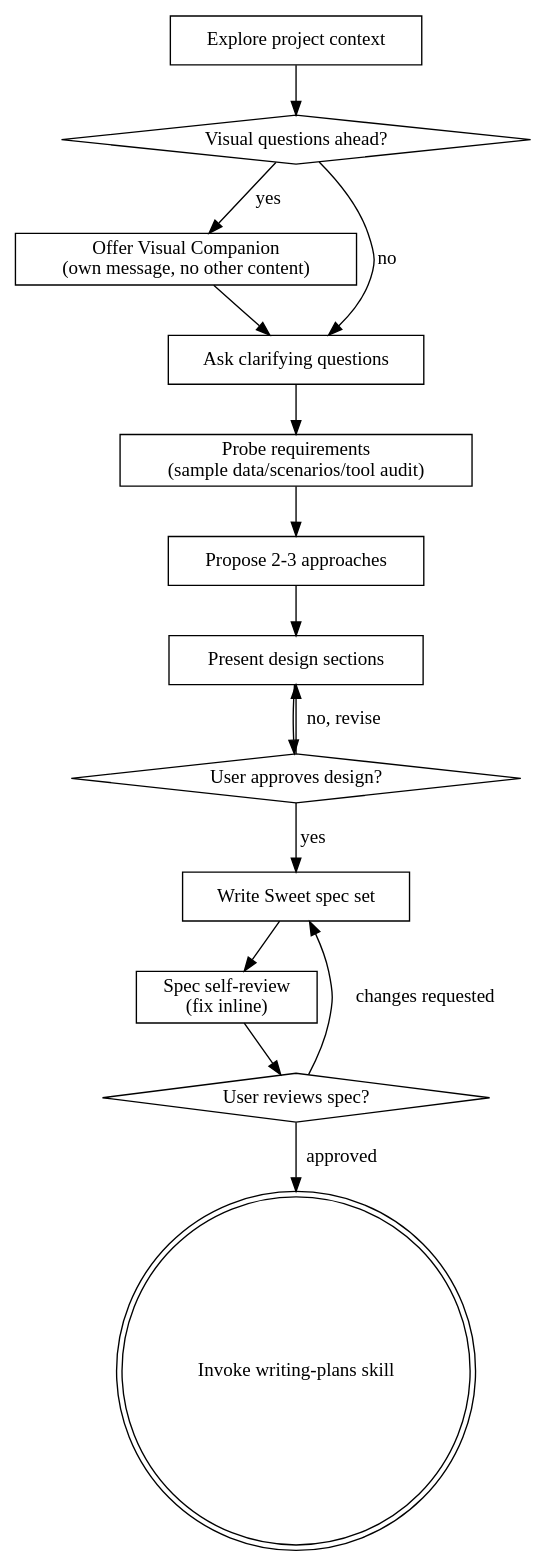
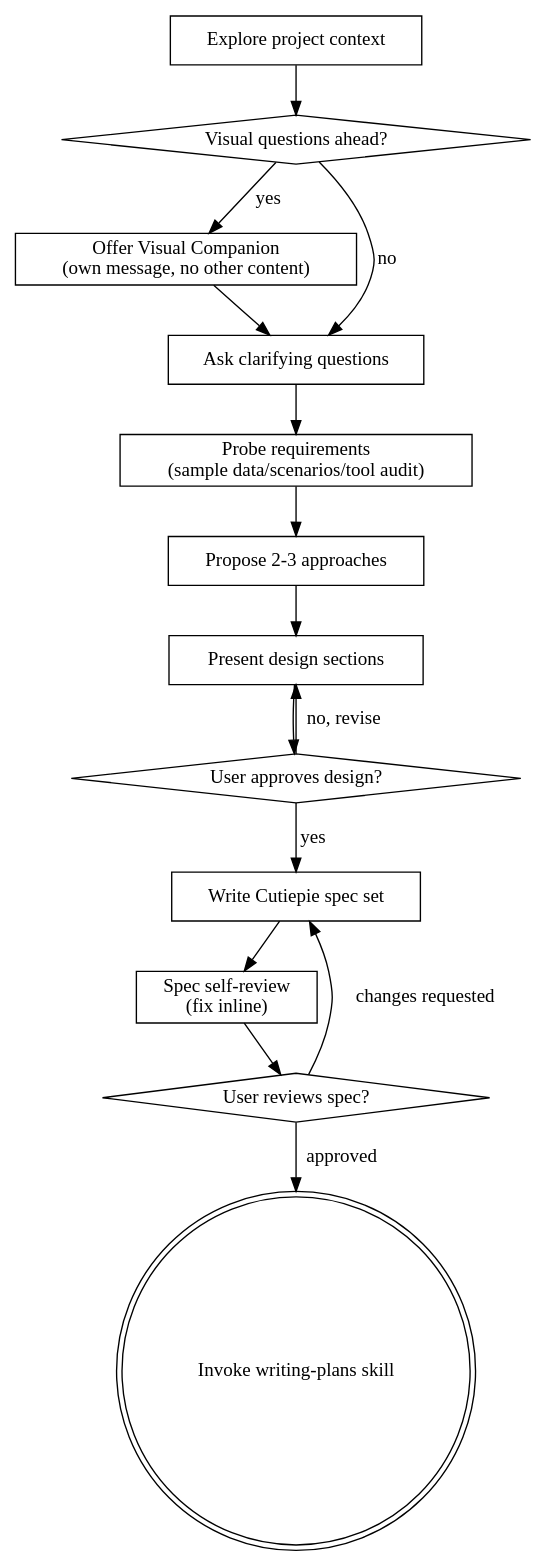
Before and after one commit to mattoh91/tif: the diagram in skills/brainstorming/SKILL.md, drawn with Graphviz. The commit also changed other lines of this file and 119 other files, not shown here.

Commit message:
chore: rename Sweet namespace to Cutiepie

````diff
--- a/skills/brainstorming/SKILL.md
+++ b/skills/brainstorming/SKILL.md
@@ -37,31 +37,31 @@
 ```dot
 digraph brainstorming {
     "Explore project context" [shape=box];
     "Visual questions ahead?" [shape=diamond];
     "Offer Visual Companion\n(own message, no other content)" [shape=box];
     "Ask clarifying questions" [shape=box];
     "Probe requirements\n(sample data/scenarios/tool audit)" [shape=box];
     "Propose 2-3 approaches" [shape=box];
     "Present design sections" [shape=box];
     "User approves design?" [shape=diamond];
-    "Write Sweet spec set" [shape=box];
+    "Write Cutiepie spec set" [shape=box];
     "Spec self-review\n(fix inline)" [shape=box];
     "User reviews spec?" [shape=diamond];
     "Invoke writing-plans skill" [shape=doublecircle];
 
     "Explore project context" -> "Visual questions ahead?";
     "Visual questions ahead?" -> "Offer Visual Companion\n(own message, no other content)" [label="yes"];
     "Visual questions ahead?" -> "Ask clarifying questions" [label="no"];
     "Offer Visual Companion\n(own message, no other content)" -> "Ask clarifying questions";
     "Ask clarifying questions" -> "Probe requirements\n(sample data/scenarios/tool audit)";
     "Probe requirements\n(sample data/scenarios/tool audit)" -> "Propose 2-3 approaches";
     "Propose 2-3 approaches" -> "Present design sections";
     "Present design sections" -> "User approves design?";
     "User approves design?" -> "Present design sections" [label="no, revise"];
-    "User approves design?" -> "Write Sweet spec set" [label="yes"];
-    "Write Sweet spec set" -> "Spec self-review\n(fix inline)";
+    "User approves design?" -> "Write Cutiepie spec set" [label="yes"];
+    "Write Cutiepie spec set" -> "Spec self-review\n(fix inline)";
     "Spec self-review\n(fix inline)" -> "User reviews spec?";
-    "User reviews spec?" -> "Write Sweet spec set" [label="changes requested"];
+    "User reviews spec?" -> "Write Cutiepie spec set" [label="changes requested"];
     "User reviews spec?" -> "Invoke writing-plans skill" [label="approved"];
 }
 ```
````
